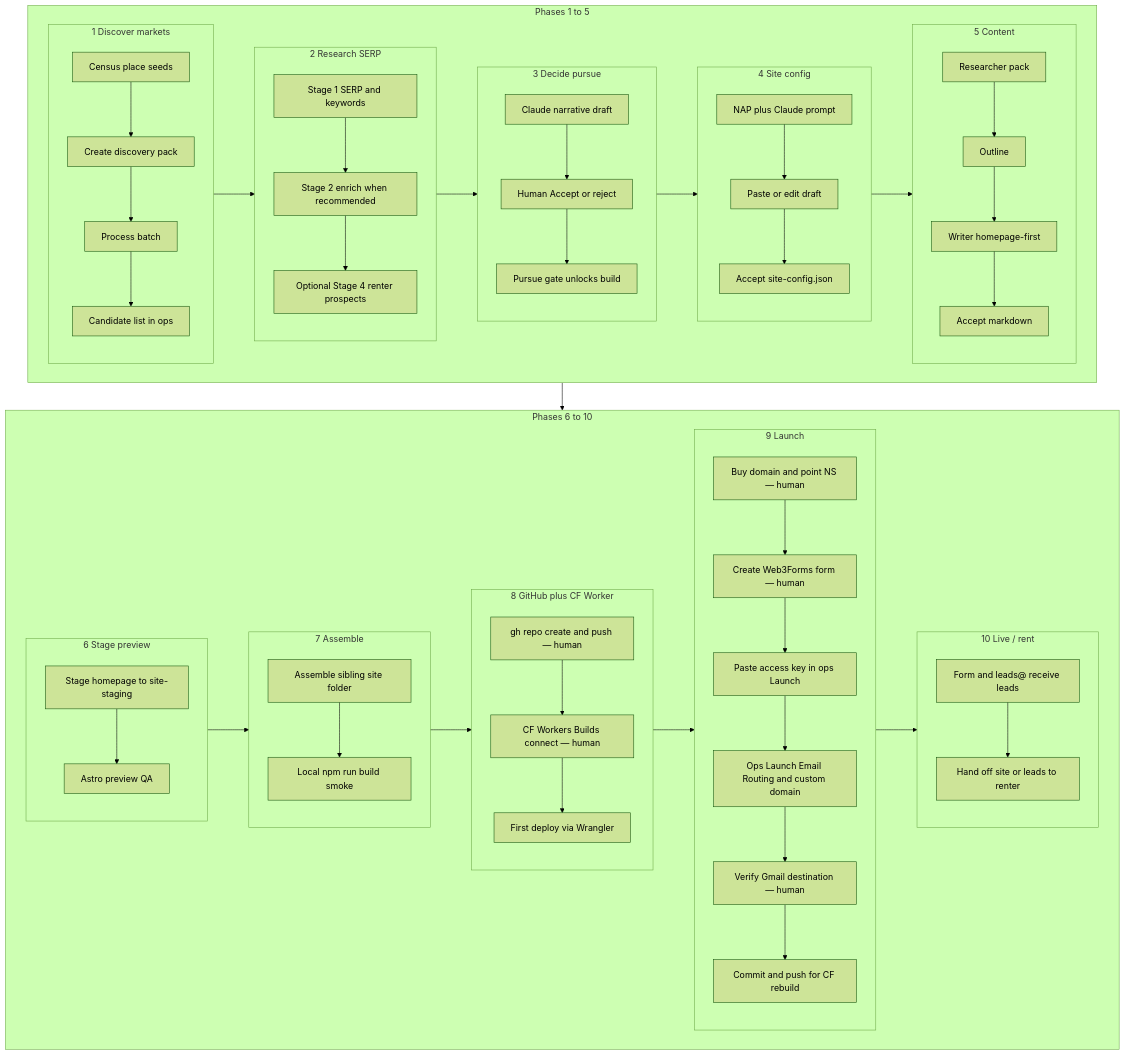
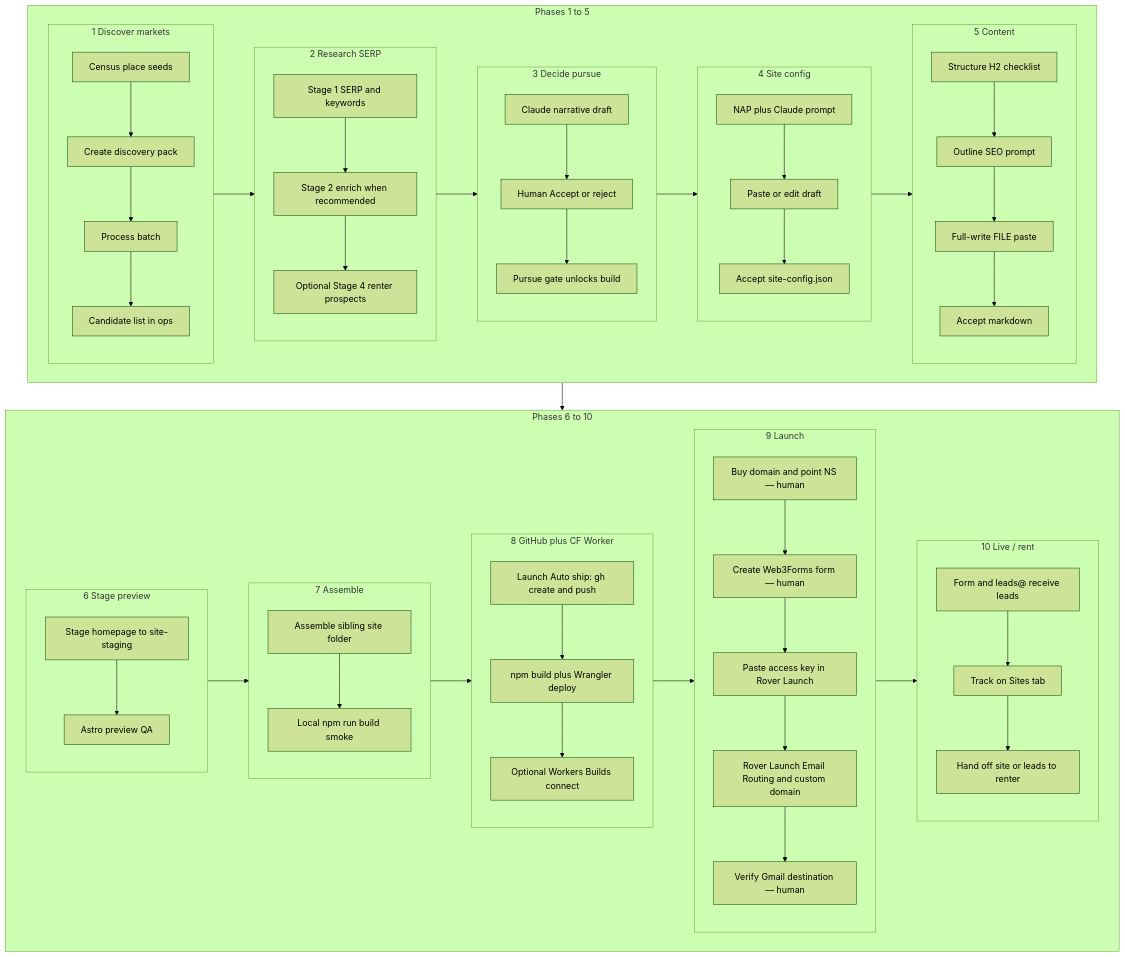
One commit to Gpete4444/city-niche-tracker changed the diagram in docs/MASTER-FLOW.md. Above: the diagram before and after it, drawn with Mermaid (forest theme). The commit also changed other lines of this file and 167 other files, not shown here.

First line of the commit message:
Ship Content Structure, palettes, and template design polish.

````diff
--- a/docs/MASTER-FLOW.md
+++ b/docs/MASTER-FLOW.md
@@ -13,78 +15,78 @@
 ```mermaid
 flowchart TB
   subgraph row1 [Phases 1 to 5]
     direction LR
 
     subgraph disc [1 Discover markets]
       direction TB
       d1["Census place seeds"] --> d2["Create discovery pack"]
       d2 --> d3["Process batch"]
       d3 --> d4["Candidate list in ops"]
     end
 
     subgraph res [2 Research SERP]
       direction TB
       r1["Stage 1 SERP and keywords"] --> r2["Stage 2 enrich when recommended"]
       r2 --> r3["Optional Stage 4 renter prospects"]
     end
 
     subgraph dec [3 Decide pursue]
       direction TB
       e1["Claude narrative draft"] --> e2["Human Accept or reject"]
       e2 --> e3["Pursue gate unlocks build"]
     end
 
     subgraph scfg [4 Site config]
       direction TB
       s1["NAP plus Claude prompt"] --> s2["Paste or edit draft"]
       s2 --> s3["Accept site-config.json"]
     end
 
     subgraph cont [5 Content]
       direction TB
-      c1["Researcher pack"] --> c2["Outline"]
-      c2 --> c3["Writer homepage-first"]
+      c1["Structure H2 checklist"] --> c2["Outline SEO prompt"]
+      c2 --> c3["Full-write FILE paste"]
       c3 --> c4["Accept markdown"]
     end
 
     disc --> res --> dec --> scfg --> cont
   end
 
   subgraph row2 [Phases 6 to 10]
     direction LR
 
     subgraph stg [6 Stage preview]
       direction TB
       t1["Stage homepage to site-staging"] --> t2["Astro preview QA"]
     end
 
     subgraph asm [7 Assemble]
       direction TB
       a1["Assemble sibling site folder"] --> a2["Local npm run build smoke"]
     end
 
     subgraph ship [8 GitHub plus CF Worker]
       direction TB
-      h1["gh repo create and push — human"] --> h2["CF Workers Builds connect — human"]
-      h2 --> h3["First deploy via Wrangler"]
+      h1["Launch Auto ship: gh create and push"] --> h2["npm build plus Wrangler deploy"]
+      h2 --> h3["Optional Workers Builds connect"]
     end
 
     subgraph launch [9 Launch]
       direction TB
       l1["Buy domain and point NS — human"] --> l2["Create Web3Forms form — human"]
-      l2 --> l3["Paste access key in ops Launch"]
-      l3 --> l4["Ops Launch Email Routing and custom domain"]
+      l2 --> l3["Paste access key in Rover Launch"]
+      l3 --> l4["Rover Launch Email Routing and custom domain"]
       l4 --> l5["Verify Gmail destination — human"]
-      l5 --> l6["Commit and push for CF rebuild"]
     end
 
     subgraph live [10 Live / rent]
       direction TB
-      v1["Form and leads@ receive leads"] --> v2["Hand off site or leads to renter"]
+      v1["Form and leads@ receive leads"] --> v2["Track on Sites tab"]
+      v2 --> v3["Hand off site or leads to renter"]
     end
 
     stg --> asm --> ship --> launch --> live
   end
 
   cont --> stg
 ```
````
